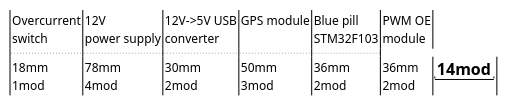
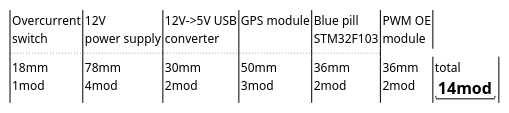
The diagram in circuit/din-placement.plantuml (Jblew/ingarden), drawn with PlantUML before and after one commit. The commit also changed 4 other files, not shown here.

```diff
--- a/circuit/din-placement.plantuml
+++ b/circuit/din-placement.plantuml
@@ -1,33 +1,34 @@
 @startsalt din-placement
 {!
   {Overcurrent
   switch} |
   {12V
   power supply} |
   {12V->5V USB
   converter} |
   {GPS module} |
   {Blue pill
   STM32F103} |
   {PWM OE
   module}
 
   ... | ... | ... | ... | ...
 
   {18mm
   1mod} |
   {78mm
   4mod} |
   {30mm
   2mod} |
   {50mm
   3mod} |
   {36mm
   2mod} |
   {36mm
   2mod} |
+  {total
   "= 14mod"
-
+  }
 
 }
 @endsalt
```
